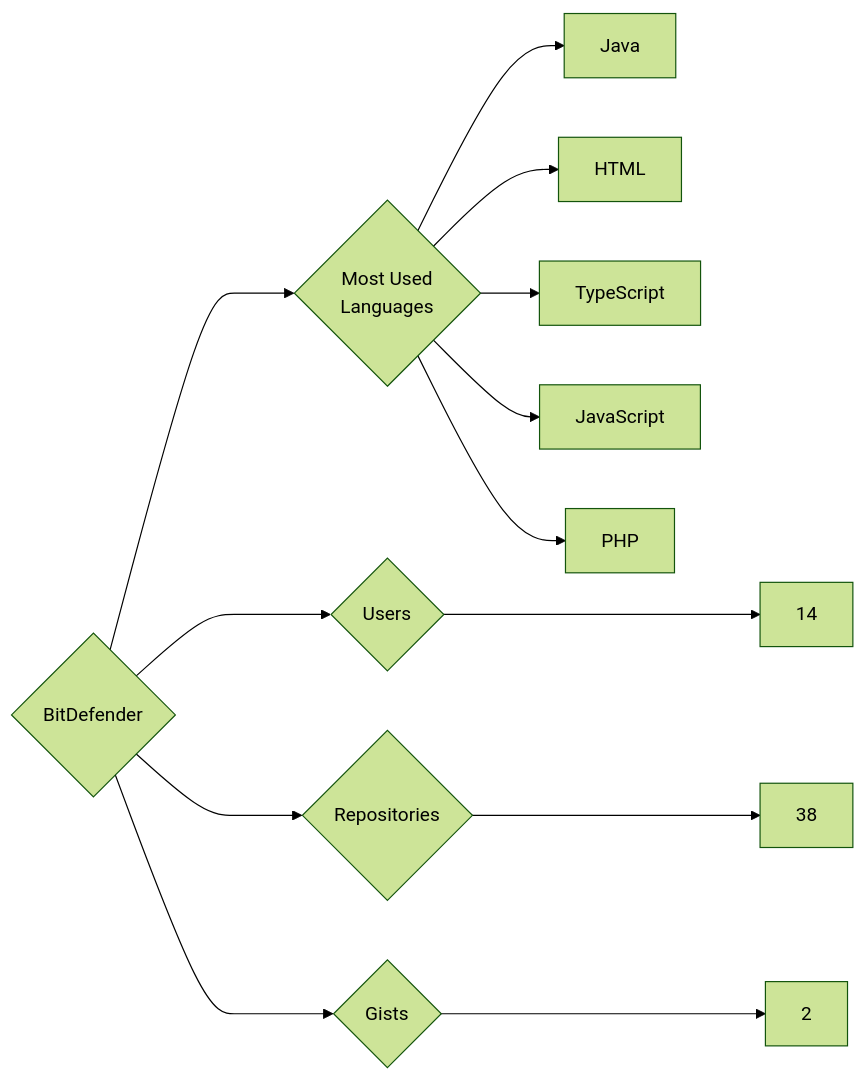
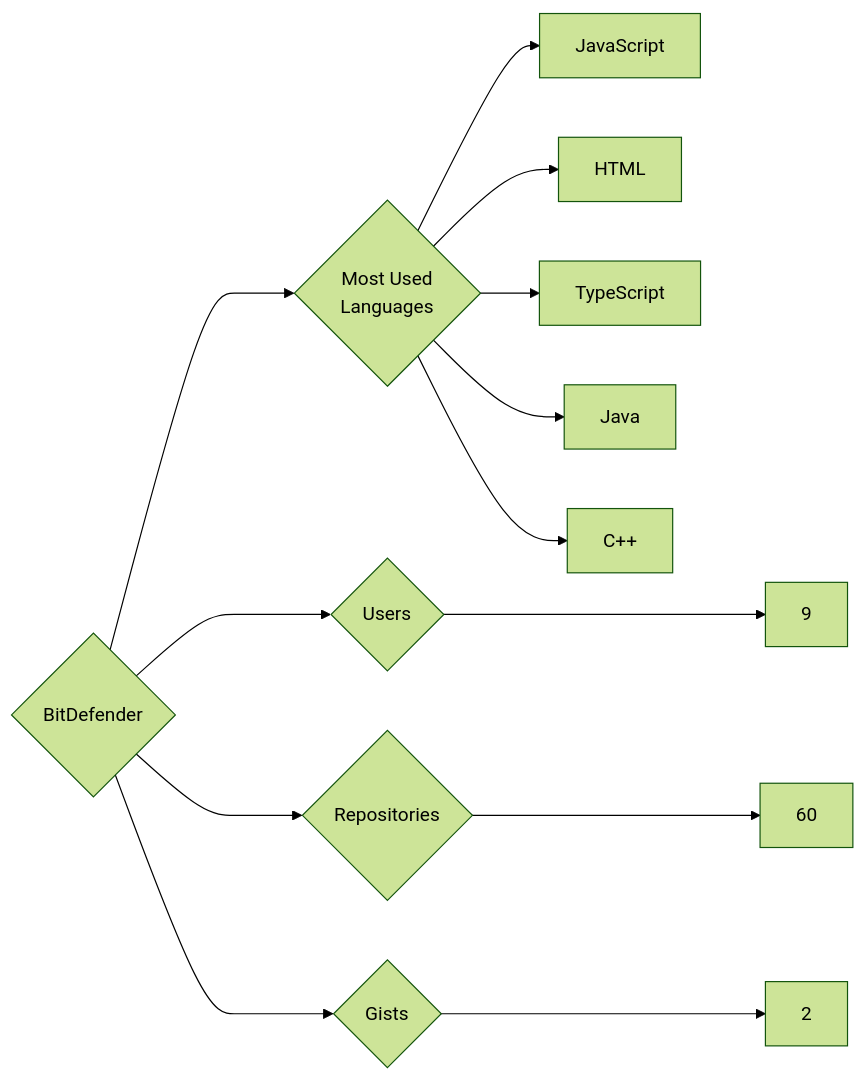
The diagram in targets/BitDefender/README.md (trickest/insiders), drawn with Mermaid (forest theme) before and after one commit. The commit also changed 895 other files, not shown here.

````diff
--- a/targets/BitDefender/README.md
+++ b/targets/BitDefender/README.md
@@ -3,13 +3,13 @@
 ```mermaid
 graph LR
 COMPANY_NAME{BitDefender}
-COMPANY_NAME ---> U{Users} ---> UN[14]
-COMPANY_NAME ---> R{Repositories} ---> RN[38]
+COMPANY_NAME ---> U{Users} ---> UN[9]
+COMPANY_NAME ---> R{Repositories} ---> RN[60]
 COMPANY_NAME ---> G{Gists} ---> GN[2]
 COMPANY_NAME ---> ML{Most Used<br>Languages}
-ML --> Java[Java]
+ML --> JavaScript[JavaScript]
 ML --> HTML[HTML]
 ML --> TypeScript[TypeScript]
-ML --> JavaScript[JavaScript]
-ML --> PHP[PHP]
+ML --> Java[Java]
+ML --> C++[C++]
 ```
````
